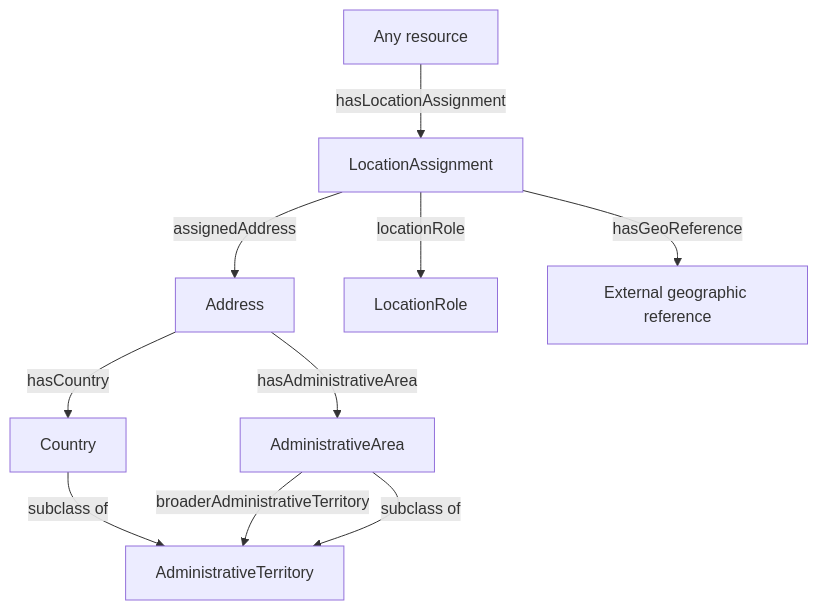
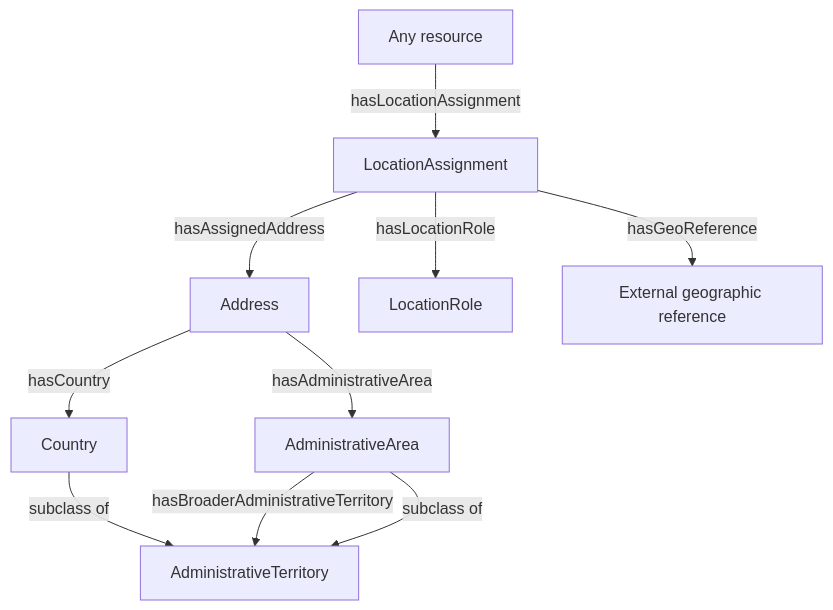
Before and after one commit to project-construct-x/constructx-ontologies: the diagram in modules/core/address/docs/03_concept-model.md, drawn with Mermaid. The commit also changed other lines of this file and 72 other files, not shown here.

````diff
--- a/modules/core/address/docs/03_concept-model.md
+++ b/modules/core/address/docs/03_concept-model.md
@@ -39,12 +39,12 @@
 ```mermaid
 flowchart TD
     R["Any resource"] -->|hasLocationAssignment| AA["LocationAssignment"]
-    AA -->|assignedAddress| A["Address"]
-    AA -->|locationRole| AR["LocationRole"]
+    AA -->|hasAssignedAddress| A["Address"]
+    AA -->|hasLocationRole| AR["LocationRole"]
     A -->|hasCountry| C["Country"]
     A -->|hasAdministrativeArea| AD["AdministrativeArea"]
     AA -->|hasGeoReference| G["External geographic reference"]
-    AD -->|broaderAdministrativeTerritory| AT["AdministrativeTerritory"]
+    AD -->|hasBroaderAdministrativeTerritory| AT["AdministrativeTerritory"]
     C -->|subclass of| AT
     AD -->|subclass of| AT
 ```
````
